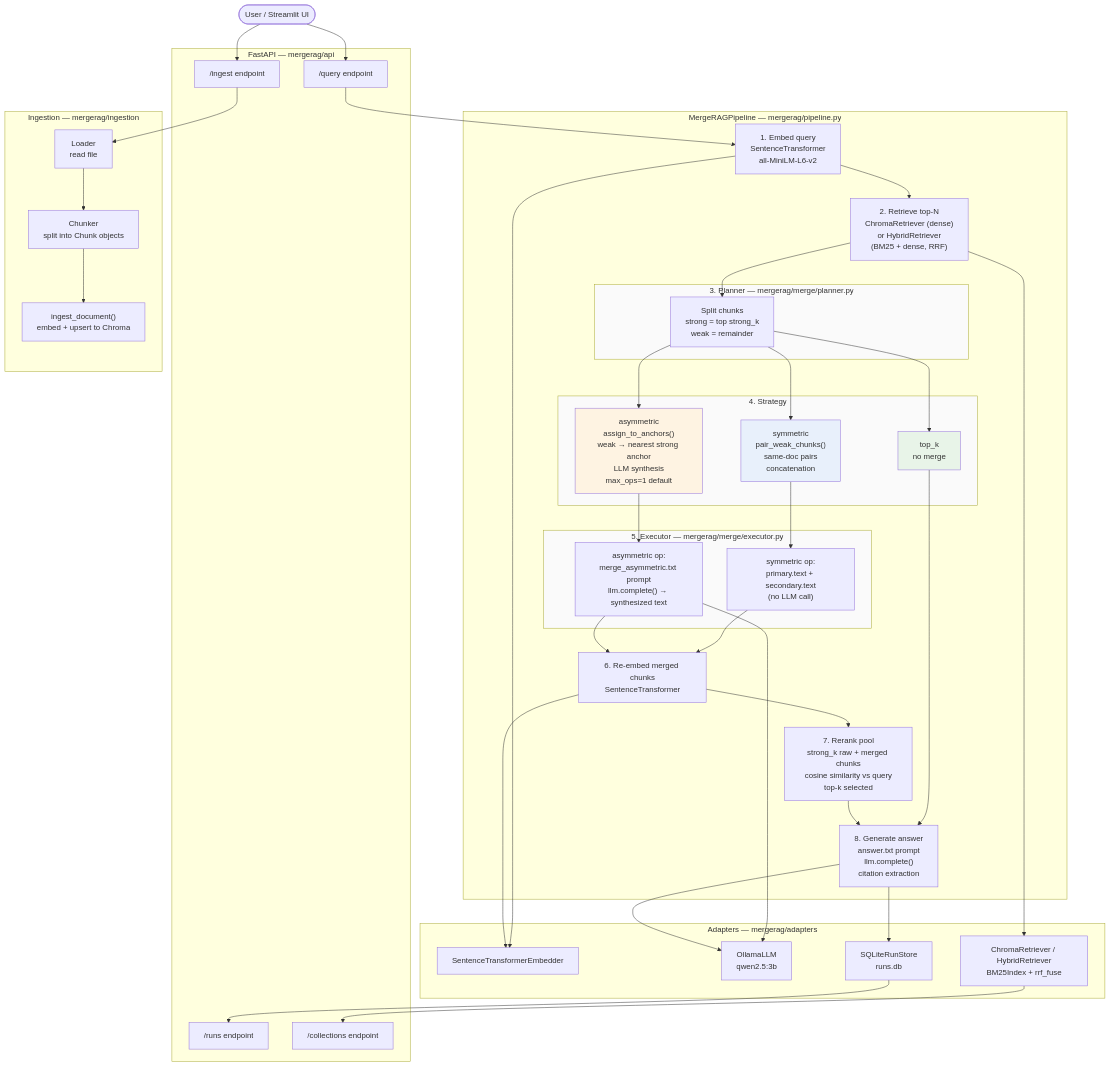
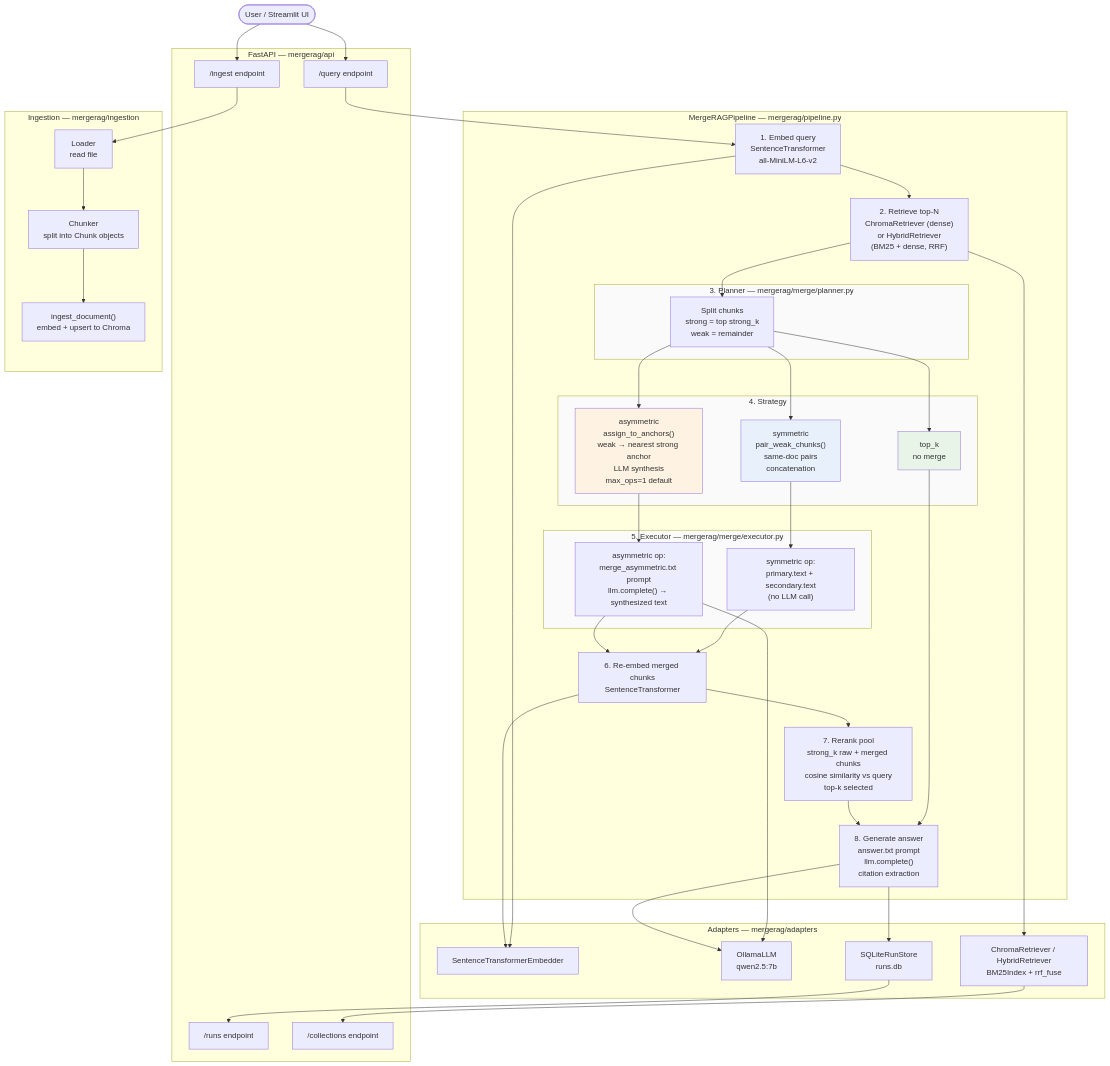
The diagram in README.md (jmanoj0905/Merge-rag), drawn with Mermaid before and after one commit. The commit also changed other lines of this file and 2 other files, not shown here.

```diff
--- a/README.md
+++ b/README.md
@@ -51,7 +51,7 @@
 
     subgraph Adapters["Adapters — mergerag/adapters"]
         EMB["SentenceTransformerEmbedder"]
-        LLM["OllamaLLM\nqwen2.5:3b"]
+        LLM["OllamaLLM\nqwen2.5:7b"]
         RET["ChromaRetriever / HybridRetriever\nBM25Index + rrf_fuse"]
         RS["SQLiteRunStore\nruns.db"]
     end
```
